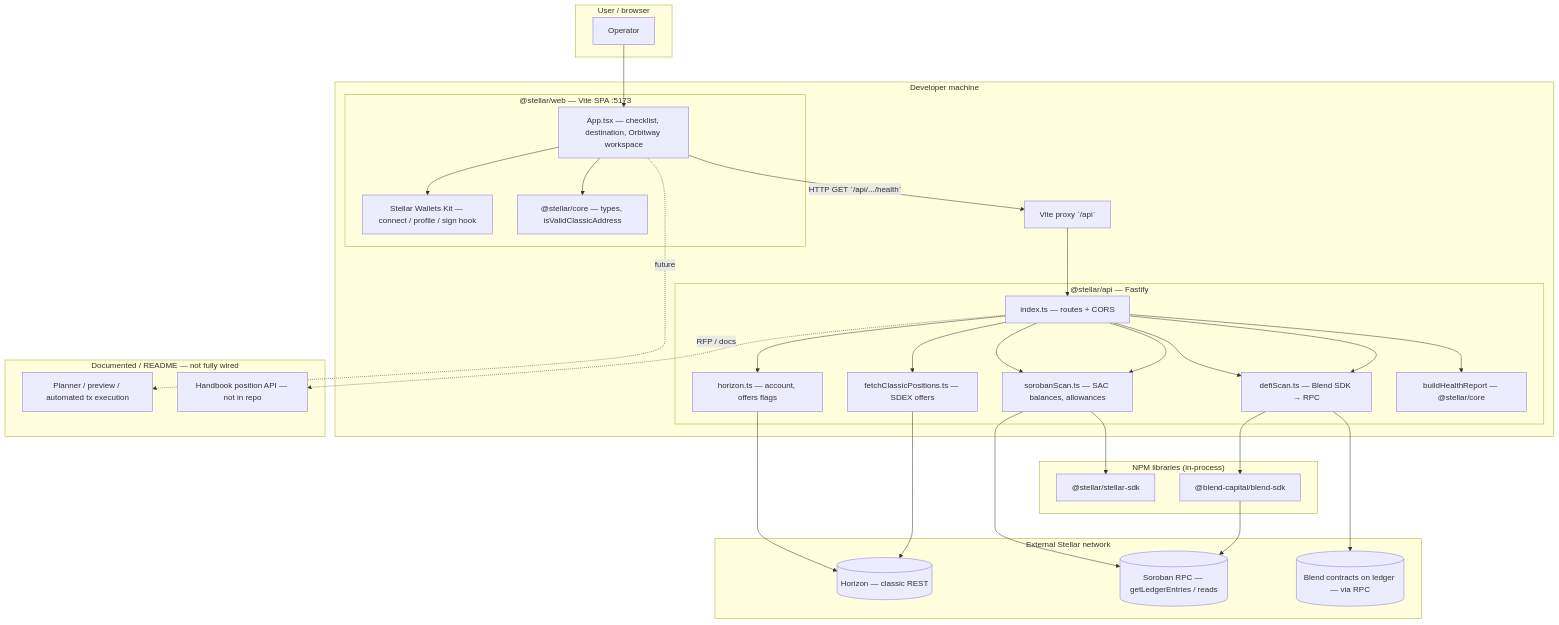
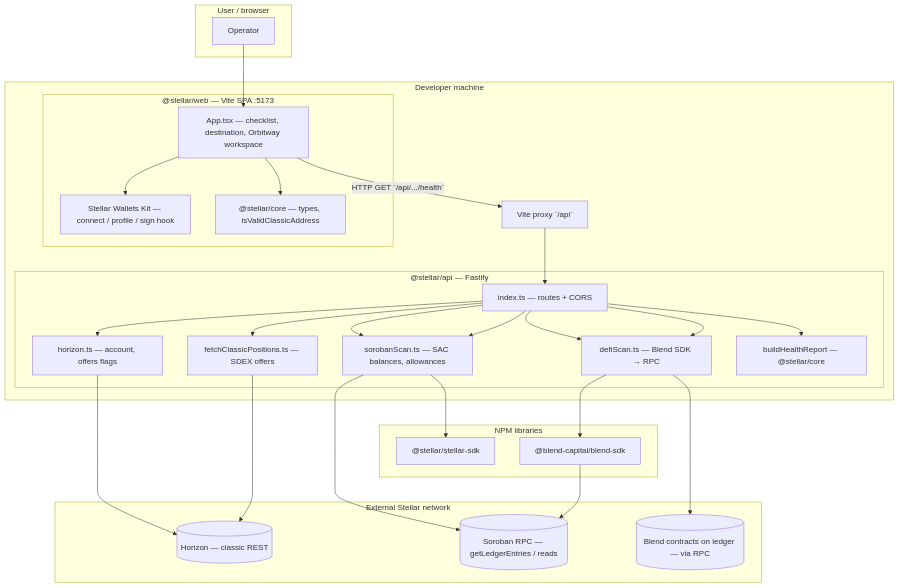
The second of 4 diagrams in docs/Tech.md (streamnft-tech/account_demolisher), drawn with Mermaid before and after one commit.

````diff
--- a/docs/Tech.md
+++ b/docs/Tech.md
@@ -46,56 +46,48 @@
 ```mermaid
 flowchart TB
   subgraph User["User / browser"]
     U[Operator]
   end
 
   subgraph DevHost["Developer machine"]
     subgraph Web["@stellar/web — Vite SPA :5173"]
       UI[App.tsx — checklist, destination, Orbitway workspace]
       WK[Stellar Wallets Kit — connect / profile / sign hook]
       CoreC["@stellar/core — types, isValidClassicAddress"]
     end
     subgraph API["@stellar/api — Fastify"]
       IDX[index.ts — routes + CORS]
       HZ[horizon.ts — account, offers flags]
       FC[fetchClassicPositions.ts — SDEX offers]
       SB[sorobanScan.ts — SAC balances, allowances]
       DF[defiScan.ts — Blend SDK → RPC]
       CORE[buildHealthReport — @stellar/core]
     end
     PROXY[Vite proxy `/api`]
   end
 
   subgraph Ext["External Stellar network"]
     H[(Horizon — classic REST)]
     R[(Soroban RPC — getLedgerEntries / reads)]
     BC[(Blend contracts on ledger — via RPC)]
   end
 
-  subgraph Deps["NPM libraries (in-process)"]
+  subgraph Deps["NPM libraries"]
     SKD["@stellar/stellar-sdk"]
     BLEND["@blend-capital/blend-sdk"]
-  end
-
-  subgraph Planned["Documented / README — not fully wired"]
-    PL[Planner / preview / automated tx execution]
-    POS["Handbook position API — not in repo"]
   end
 
   U --> UI
   UI --> WK
   UI --> CoreC
   UI -->|HTTP GET `/api/.../health`| PROXY
   PROXY --> IDX
 
   IDX --> HZ --> H
   IDX --> FC --> H
   IDX --> SB --> R
   IDX --> SB --> SKD
   IDX --> DF --> BLEND --> R
   IDX --> DF --> BC
   IDX --> CORE
-
-  UI -.->|future| PL
-  IDX -.->|RFP / docs| POS
 ```
````
